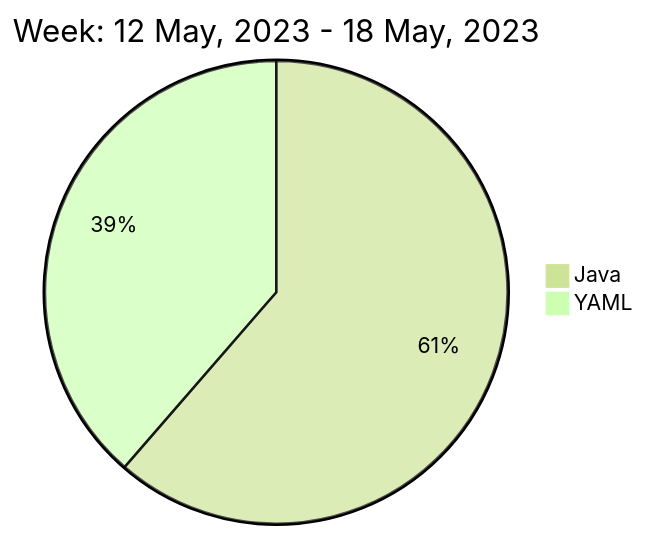
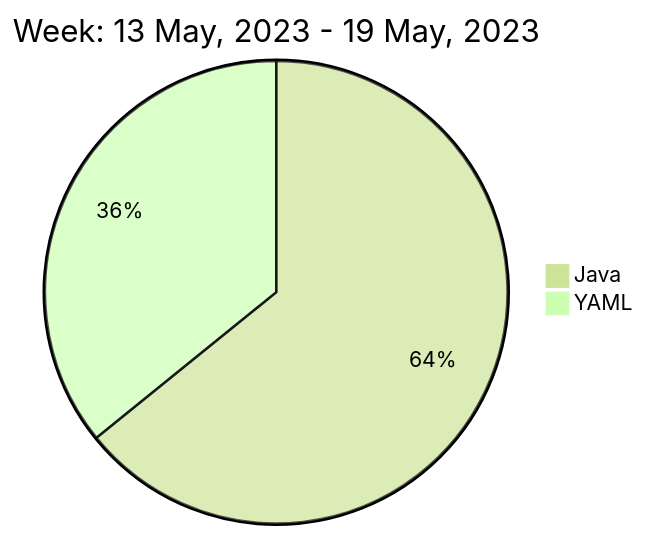
One commit to liubin95/liubin95 changed the diagram in README.md. Above: the diagram before and after it, drawn with Mermaid (forest theme).

Commit message:
Updated the Graph with new Metrics

````diff
--- a/README.md
+++ b/README.md
@@ -40,6 +40,6 @@
 ```mermaid
  pie
-title Week: 12 May, 2023 - 18 May, 2023
- "Java" : 6.8
- "YAML" : 4.28
+title Week: 13 May, 2023 - 19 May, 2023
+ "Java" : 7.88
+ "YAML" : 4.4
 ```
````
